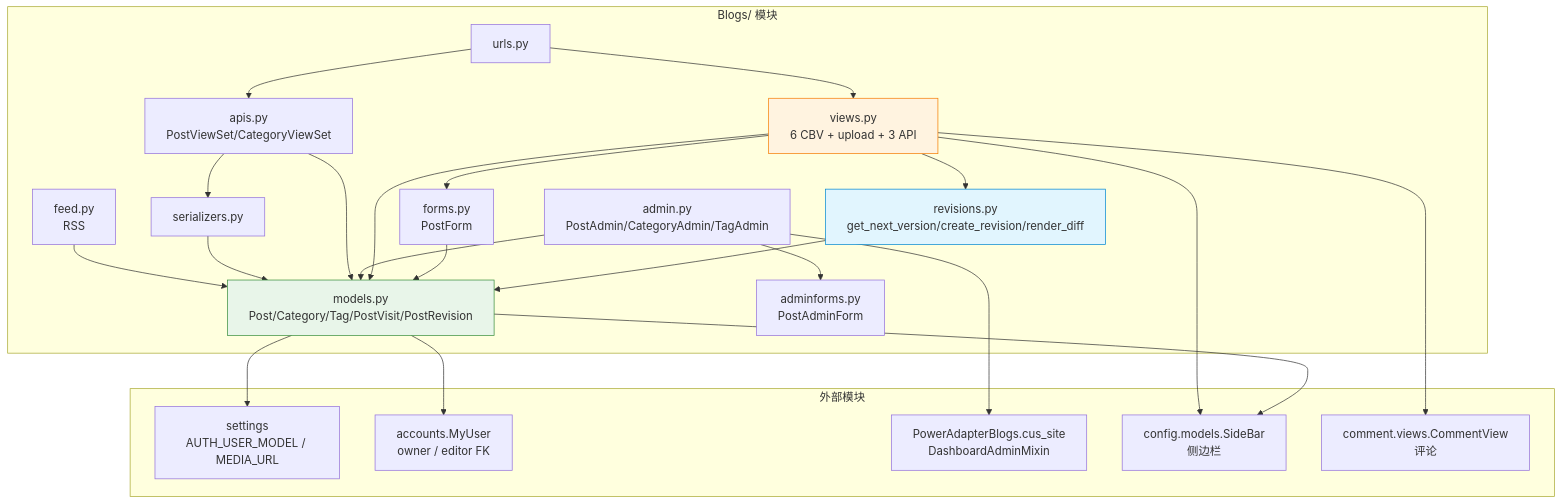
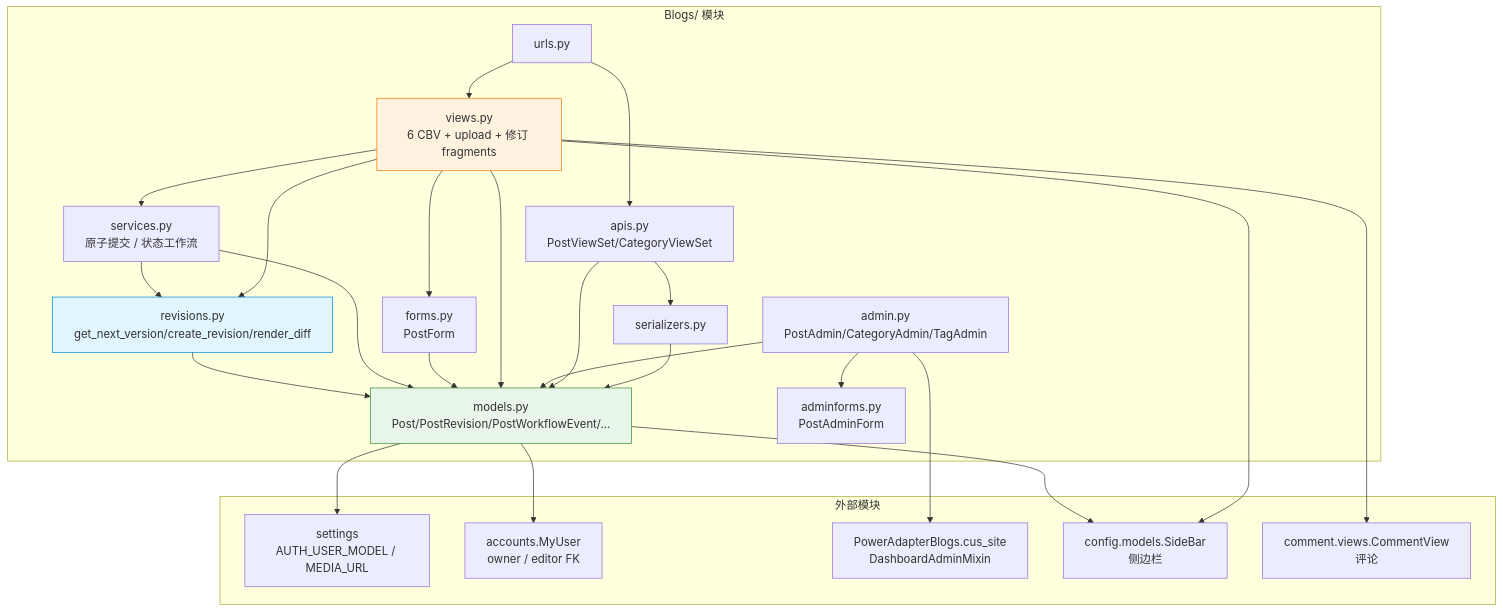
One commit to se-veN714/PowerAdapterBlogs changed the eighth of 8 diagrams in Blogs/DEVELOPMENT.md. Above: the diagram before and after it, drawn with Mermaid. The commit also changed other lines of this file and 23 other files, not shown here.

Commit message:
docs: consolidate guides and update v2 roadmap

````diff
--- a/Blogs/DEVELOPMENT.md
+++ b/Blogs/DEVELOPMENT.md
@@ -540,55 +673,56 @@
 ```mermaid
 flowchart TD
     subgraph external["外部模块"]
         SET["settings<br/>AUTH_USER_MODEL / MEDIA_URL"]
         ACC["accounts.MyUser<br/>owner / editor FK"]
         CUS["PowerAdapterBlogs.cus_site<br/>DashboardAdminMixin"]
         CONF["config.models.SideBar<br/>侧边栏"]
         CMT["comment.views.CommentView<br/>评论"]
     end
 
     subgraph blogs["Blogs/ 模块"]
-        MODELS["models.py<br/>Post/Category/Tag/PostVisit/PostRevision"]
+        MODELS["models.py<br/>Post/PostRevision/PostWorkflowEvent/... "]
         REV["revisions.py<br/>get_next_version/create_revision/render_diff"]
         FORMS["forms.py<br/>PostForm"]
         ADMIN_F["adminforms.py<br/>PostAdminForm"]
-        VIEWS["views.py<br/>6 CBV + upload + 3 API"]
+        SERVICE["services.py<br/>原子提交 / 状态工作流"]
+        VIEWS["views.py<br/>6 CBV + upload + 修订 fragments"]
         ADMIN["admin.py<br/>PostAdmin/CategoryAdmin/TagAdmin"]
         APIS["apis.py<br/>PostViewSet/CategoryViewSet"]
         SERIAL["serializers.py"]
         URLS["urls.py"]
-        FEED["feed.py<br/>RSS"]
     end
 
     MODELS --> ACC
     MODELS --> SET
     MODELS --> CONF
 
     REV --> MODELS
+    SERVICE --> MODELS
+    SERVICE --> REV
 
     FORMS --> MODELS
 
     VIEWS --> MODELS
+    VIEWS --> SERVICE
     VIEWS --> REV
     VIEWS --> FORMS
     VIEWS --> CONF
     VIEWS --> CMT
 
     ADMIN --> MODELS
     ADMIN --> ADMIN_F
     ADMIN --> CUS
 
     APIS --> MODELS
     APIS --> SERIAL
 
     SERIAL --> MODELS
 
     URLS --> VIEWS
     URLS --> APIS
 
-    FEED --> MODELS
-
     style MODELS fill:#e8f5e9,stroke:#388e3c
     style REV fill:#e1f5fe,stroke:#0288d1
     style VIEWS fill:#fff3e0,stroke:#f57c00
 ```
````
